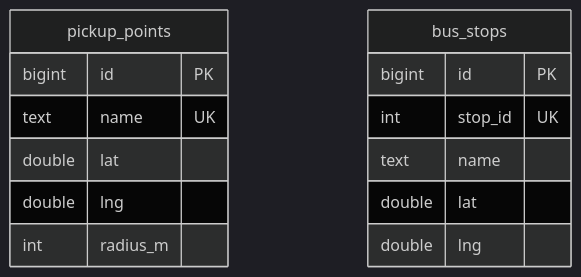
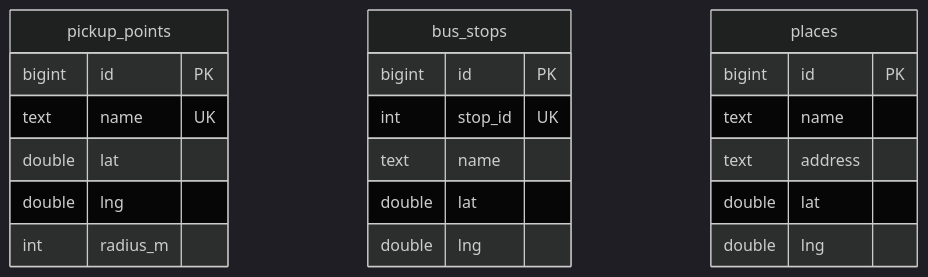
The fourth of 13 diagrams in docs/design.md (sohoffice/debugthon-carpool), drawn with Mermaid (dark theme) before and after one commit. The commit also changed other lines of this file and 1 other file, not shown here.

````diff
--- a/docs/design.md
+++ b/docs/design.md
@@ -447,17 +461,24 @@
 ```mermaid
 erDiagram
     pickup_points {
         bigint id PK
         text name UK
         double lat
         double lng
         int radius_m
     }
     bus_stops {
         bigint id PK
         int stop_id UK
         text name
         double lat
         double lng
     }
+    places {
+        bigint id PK
+        text name
+        text address
+        double lat
+        double lng
+    }
 ```
````
